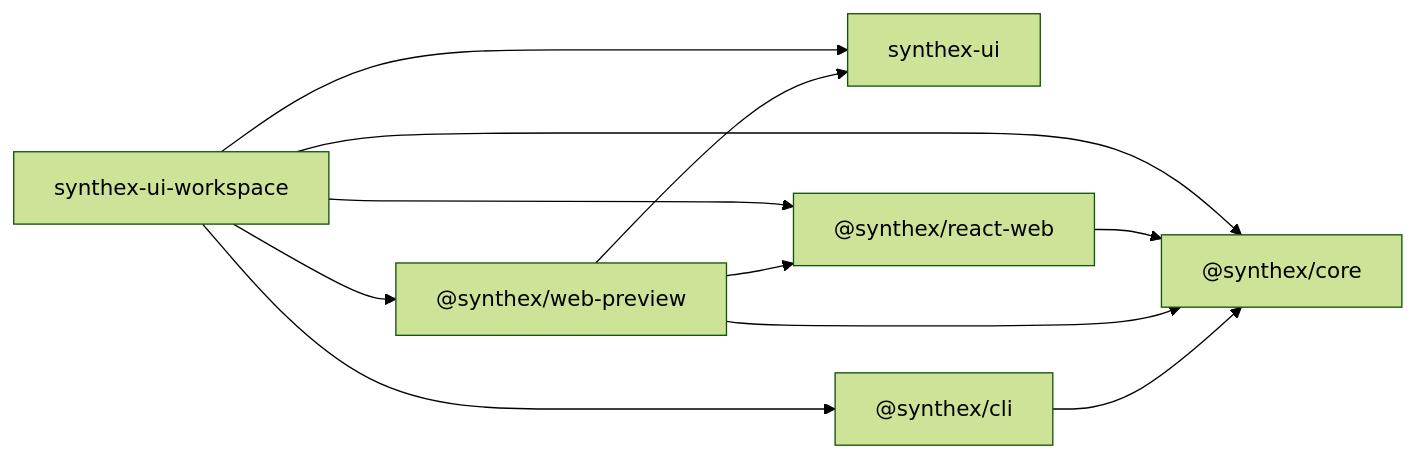
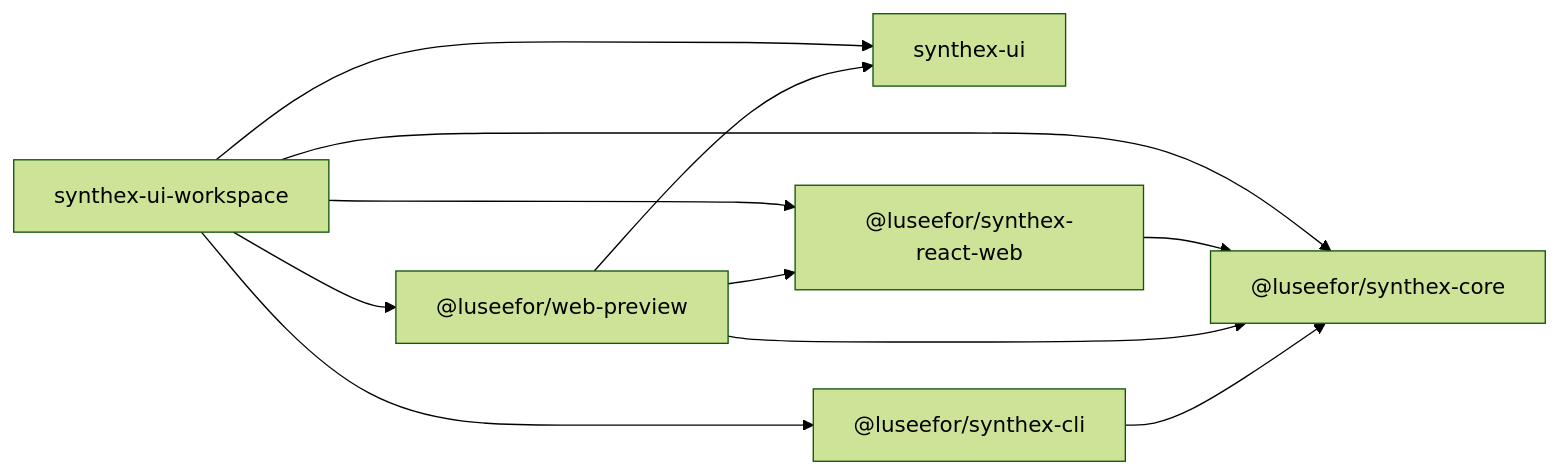
One commit to Luseefor/synthex-ui changed the first of 11 diagrams in docs/mermaid-architecture.md. Above: the diagram before and after it, drawn with Mermaid (forest theme). The commit also changed other lines of this file and 35 other files, not shown here.

````diff
--- a/docs/mermaid-architecture.md
+++ b/docs/mermaid-architecture.md
@@ -7,14 +7,14 @@
 ```mermaid
 flowchart LR
-  Root["synthex-ui-workspace"] --> Core["@synthex/core"]
+  Root["synthex-ui-workspace"] --> Core["@luseefor/synthex-core"]
   Root --> UI["synthex-ui"]
-  Root --> ReactWeb["@synthex/react-web"]
-  Root --> Preview["@synthex/web-preview"]
-  Root --> CLI["@synthex/cli"]
+  Root --> ReactWeb["@luseefor/synthex-react-web"]
+  Root --> Preview["@luseefor/web-preview"]
+  Root --> CLI["@luseefor/synthex-cli"]
 
   ReactWeb --> Core
   Preview --> UI
   Preview --> Core
   Preview --> ReactWeb
   CLI --> Core
 ```
````
